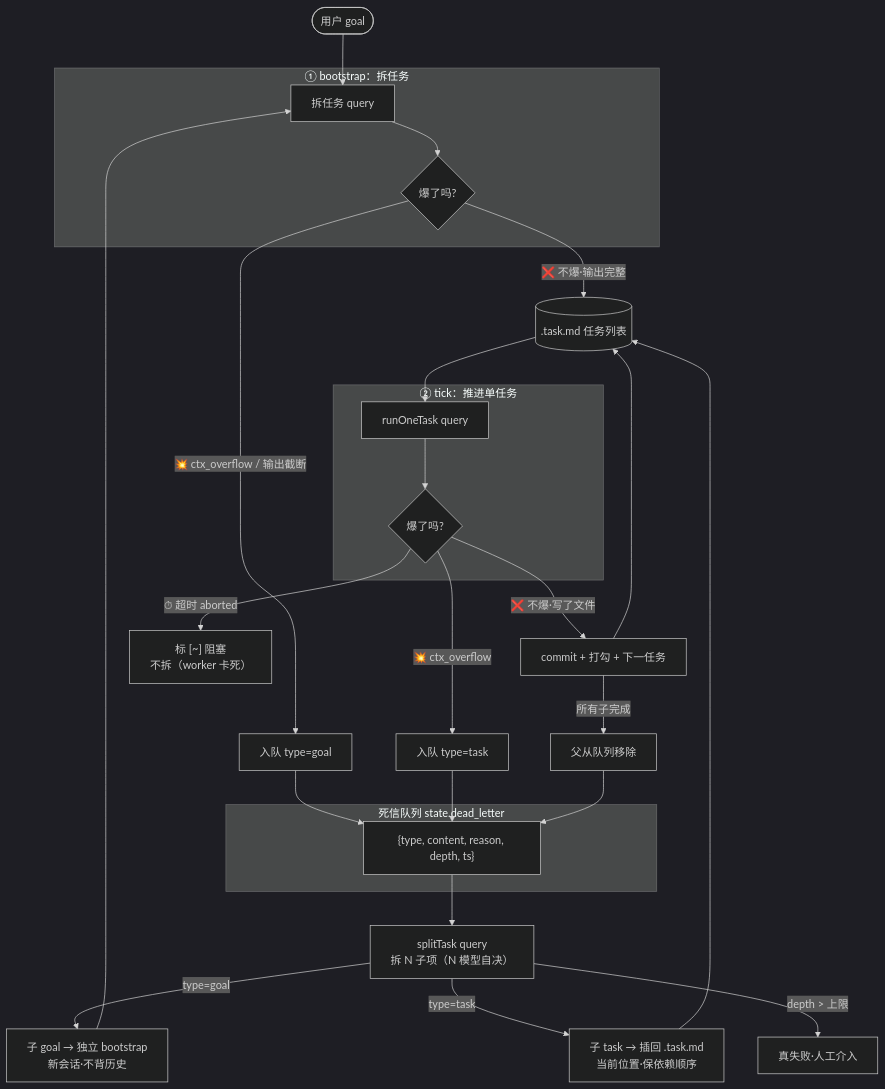
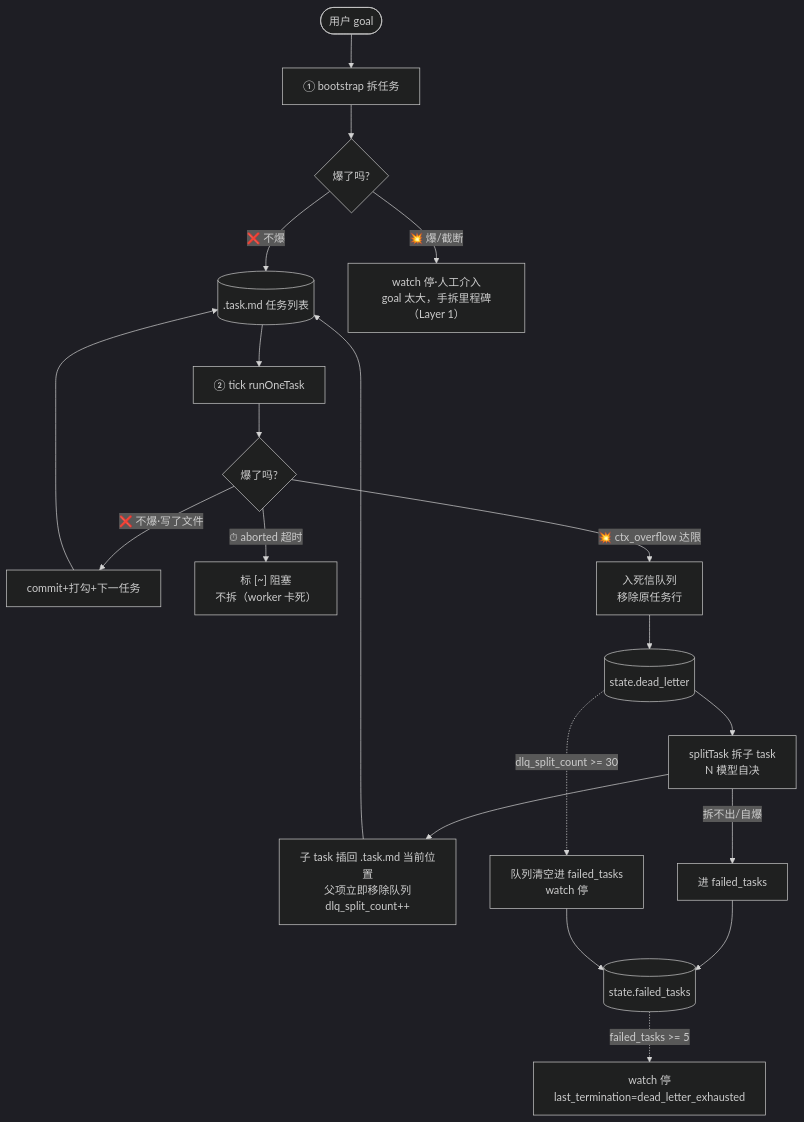
Before and after one commit to free-wyq/swallow: the diagram in docs/dead-letter-design.md, drawn with Mermaid (dark theme). The commit also changed other lines of this file, not shown here.

First line of the commit message:
docs(dead-letter): 砍父子追踪回归极简——全局计数兜底

````diff
--- a/docs/dead-letter-design.md
+++ b/docs/dead-letter-design.md
@@ -28,45 +26,25 @@
 ```mermaid
 flowchart TB
-    Start([用户 goal]) --> Bootstrap
+    Start([用户 goal]) --> Bootstrap["① bootstrap 拆任务"]
+    Bootstrap --> Check1{"爆了吗?"}
+    Check1 -->|"❌ 不爆"| TaskFile[(".task.md 任务列表")]
+    Check1 -->|"💥 爆/截断"| Stop1["watch 停·人工介入<br/>goal 太大，手拆里程碑（Layer 1）"]
 
-    subgraph BS["① bootstrap：拆任务"]
-        Bootstrap["拆任务 query"]
-        Check1{"爆了吗?"}
-        Bootstrap --> Check1
-    end
+    TaskFile --> RunTask["② tick runOneTask"]
+    RunTask --> Check2{"爆了吗?"}
+    Check2 -->|"❌ 不爆·写了文件"| Commit["commit+打勾+下一任务"]
+    Commit --> TaskFile
+    Check2 -->|"⏱ aborted 超时"| Block["标 [~] 阻塞<br/>不拆（worker 卡死）"]
+    Check2 -->|"💥 ctx_overflow 达限"| Enqueue["入死信队列<br/>移除原任务行"]
 
-    Check1 -->|"❌ 不爆·输出完整"| TaskFile[(".task.md 任务列表")]
+    Enqueue --> DLQ[("state.dead_letter")]
+    DLQ --> Split["splitTask 拆子 task<br/>N 模型自决"]
+    Split --> Insert["子 task 插回 .task.md 当前位置<br/>父项立即移除队列<br/>dlq_split_count++"]
+    Insert --> TaskFile
 
-    subgraph TK["② tick：推进单任务"]
-        RunTask["runOneTask query"]
-        Check2{"爆了吗?"}
-        RunTask --> Check2
-    end
-
-    TaskFile --> RunTask
-    Check2 -->|"❌ 不爆·写了文件"| Commit["commit + 打勾 + 下一任务"]
-    Commit --> TaskFile
-
-    subgraph DLQ["死信队列 state.dead_letter"]
-        Item["{type, content, reason, depth, ts}"]
-    end
-
-    Check1 -->|"💥 ctx_overflow / 输出截断"| EnG["入队 type=goal"]
-    Check2 -->|"💥 ctx_overflow"| EnT["入队 type=task"]
-    Check2 -->|"⏱ 超时 aborted"| Block["标 [~] 阻塞<br/>不拆（worker 卡死）"]
-
-    EnG --> Item
-    EnT --> Item
-
-    Item --> Split["splitTask query<br/>拆 N 子项（N 模型自决）"]
-
-    Split -->|"type=goal"| SubG["子 goal → 独立 bootstrap<br/>新会话·不背历史"]
-    Split -->|"type=task"| SubT["子 task → 插回 .task.md<br/>当前位置·保依赖顺序"]
-
-    SubG --> Bootstrap
-    SubT --> TaskFile
-
-    Split -->|"depth > 上限"| Fail["真失败·人工介入"]
-    Commit -->|"所有子完成"| Remove["父从队列移除"]
-    Remove --> Item
+    Split -->|"拆不出/自爆"| Fail1["进 failed_tasks"]
+    DLQ -.->|"dlq_split_count >= 30"| Fail2["队列清空进 failed_tasks<br/>watch 停"]
+    Fail1 --> FT[("state.failed_tasks")]
+    Fail2 --> FT
+    FT -.->|"failed_tasks >= 5"| Stop2["watch 停<br/>last_termination=dead_letter_exhausted"]
 ```
````
